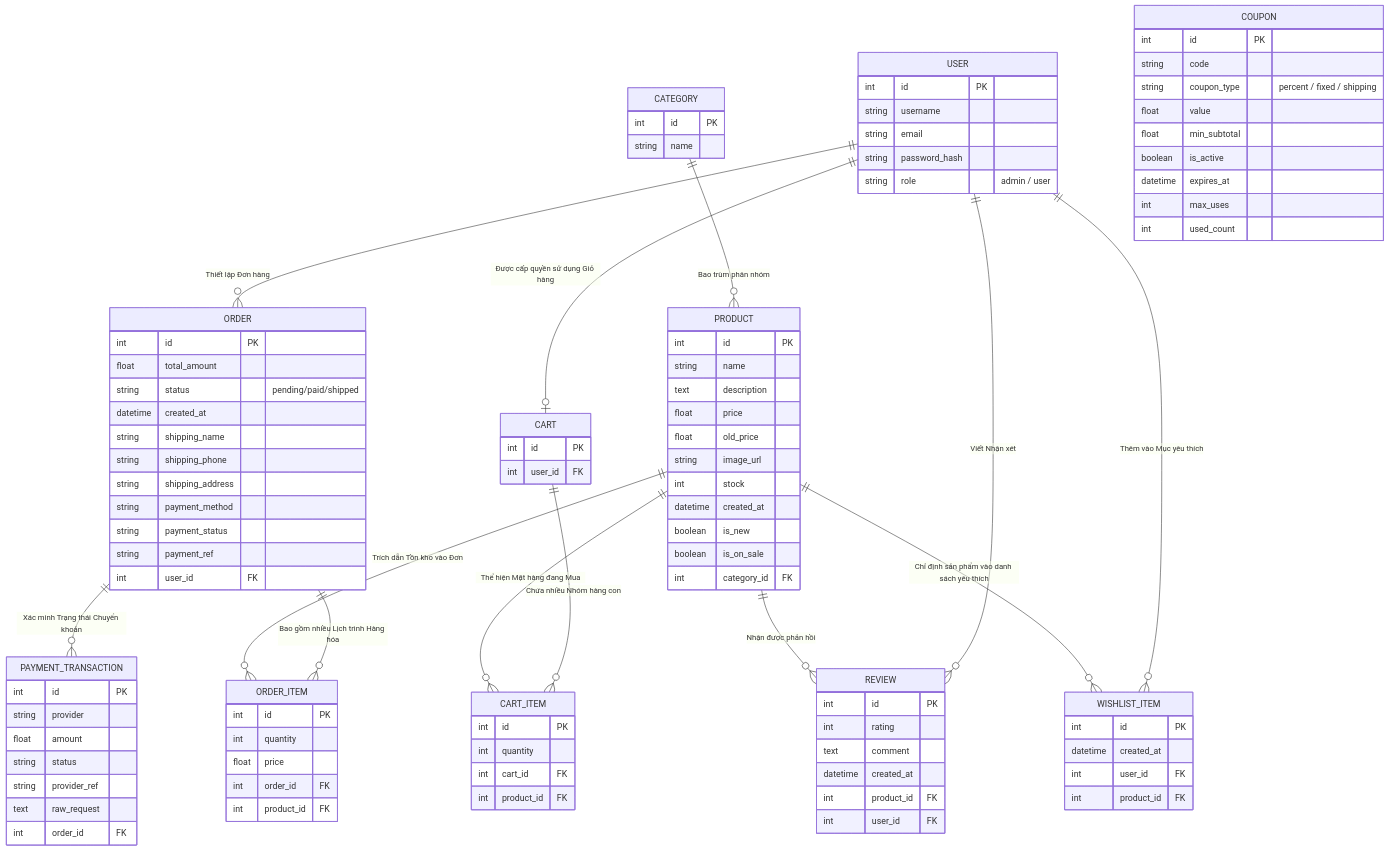
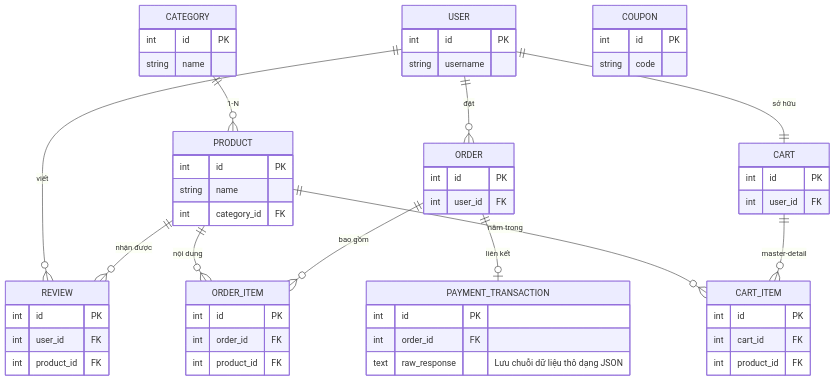
The third of 8 diagrams in README.md (nguyenkhang310/tmdtuth), drawn with Mermaid before and after one commit. The commit also changed other lines of this file, not shown here.

````diff
--- a/README.md
+++ b/README.md
@@ -131,15 +48,20 @@
 ```mermaid
 erDiagram
-    %% USER TABLE
+    CATEGORY ||--o{ PRODUCT : "1-N"
+    PRODUCT ||--o{ CART_ITEM : "nằm trong"
+    CART ||--o{ CART_ITEM : "master-detail"
+    USER ||--|| CART : "sở hữu"
+    USER ||--o{ ORDER : "đặt"
+    USER ||--o{ REVIEW : "viết"
+    PRODUCT ||--o{ ORDER_ITEM : "nội dung"
+    ORDER ||--o{ ORDER_ITEM : "bao gồm"
+    ORDER ||--o| PAYMENT_TRANSACTION : "liên kết"
+    PRODUCT ||--o{ REVIEW : "nhận được"
+
     USER {
         int id PK
         string username
-        string email
-        string password_hash
-        string role "admin / user"
     }
-    
-    %% CATEGORY AND PRODUCT TABLES
     CATEGORY {
         int id PK
         string name
@@ -147,102 +69,38 @@
     PRODUCT {
         int id PK
         string name
-        text description
-        float price
-        float old_price
-        string image_url
-        int stock
-        datetime created_at
-        boolean is_new
-        boolean is_on_sale
         int category_id FK
     }
-
-    %% ORDER AND PAYMENT TABLES
-    ORDER {
-        int id PK
-        float total_amount
-        string status "pending/paid/shipped"
-        datetime created_at
-        string shipping_name
-        string shipping_phone
-        string shipping_address
-        string payment_method
-        string payment_status
-        string payment_ref
-        int user_id FK
-    }
-    ORDER_ITEM {
-        int id PK
-        int quantity
-        float price
-        int order_id FK
-        int product_id FK
-    }
-    PAYMENT_TRANSACTION {
-        int id PK
-        string provider
-        float amount
-        string status
-        string provider_ref
-        text raw_request
-        int order_id FK
-    }
-
-    %% CART AND WISHLIST
     CART {
         int id PK
         int user_id FK
     }
     CART_ITEM {
         int id PK
-        int quantity
         int cart_id FK
         int product_id FK
     }
-    WISHLIST_ITEM {
+    ORDER {
         int id PK
-        datetime created_at
+        int user_id FK
+    }
+    ORDER_ITEM {
+        int id PK
+        int order_id FK
+        int product_id FK
+    }
+    PAYMENT_TRANSACTION {
+        int id PK
+        int order_id FK
+        text raw_response "Lưu chuỗi dữ liệu thô dạng JSON"
+    }
+    COUPON {
+        int id PK
+        string code
+    }
+    REVIEW {
+        int id PK
         int user_id FK
         int product_id FK
     }
-
-    %% COUPON AND REVIEWS
-    COUPON {
-        int id PK
-        string code
-        string coupon_type "percent / fixed / shipping"
-        float value
-        float min_subtotal
-        boolean is_active
-        datetime expires_at
-        int max_uses
-        int used_count
-    }
-    REVIEW {
-        int id PK
-        int rating
-        text comment
-        datetime created_at
-        int product_id FK
-        int user_id FK
-    }
-
-    %% RELATIONAL CONNECTIONS
-    USER ||--o{ ORDER : "Thiết lập Đơn hàng"
-    USER ||--o| CART : "Được cấp quyền sử dụng Giỏ hàng"
-    USER ||--o{ REVIEW : "Viết Nhận xét"
-    USER ||--o{ WISHLIST_ITEM : "Thêm vào Mục yêu thích"
-    
-    CATEGORY ||--o{ PRODUCT : "Bao trùm phân nhóm"
-    
-    ORDER ||--o{ ORDER_ITEM : "Bao gồm nhiều Lịch trình Hàng hóa"
-    ORDER ||--o{ PAYMENT_TRANSACTION : "Xác minh Trạng thái Chuyển khoản"
-    
-    CART ||--o{ CART_ITEM : "Chứa nhiều Nhóm hàng con"
-    
-    PRODUCT ||--o{ ORDER_ITEM : "Trích dẫn Tồn kho vào Đơn"
-    PRODUCT ||--o{ CART_ITEM : "Thể hiện Mặt hàng đang Mua"
-    PRODUCT ||--o{ REVIEW : "Nhận được phản hồi"
-    PRODUCT ||--o{ WISHLIST_ITEM : "Chỉ định sản phẩm vào danh sách yêu thích"
 ```
````
